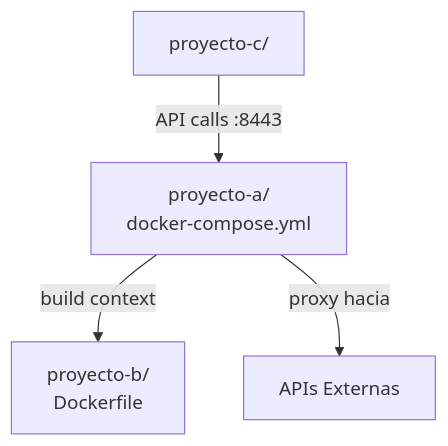
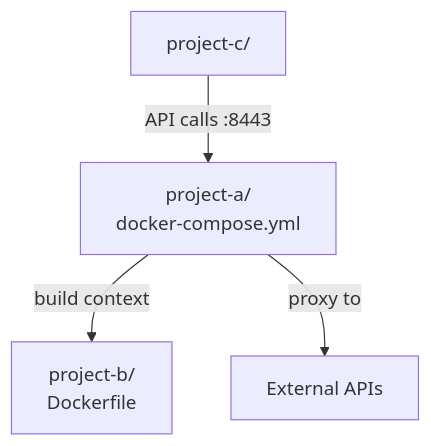
Before and after one commit to elisaul77/Orquestacion_Agentes_claude: the seventh of 7 diagrams in skills/arquitec-dev-ia/assets/catalogo_mermaid.md, drawn with Mermaid. The commit also changed other lines of this file and 14 other files, not shown here.

````diff
--- a/skills/arquitec-dev-ia/assets/catalogo_mermaid.md
+++ b/skills/arquitec-dev-ia/assets/catalogo_mermaid.md
@@ -95,6 +95,6 @@
 ```mermaid
 flowchart TD
-    A["proyecto-a/\ndocker-compose.yml"] -->|"build context"| B["proyecto-b/\nDockerfile"]
-    C["proyecto-c/"] -->|"API calls :8443"| A
-    A -->|"proxy hacia"| EXT["APIs Externas"]
+    A["project-a/\ndocker-compose.yml"] -->|"build context"| B["project-b/\nDockerfile"]
+    C["project-c/"] -->|"API calls :8443"| A
+    A -->|"proxy to"| EXT["External APIs"]
 ```
````
